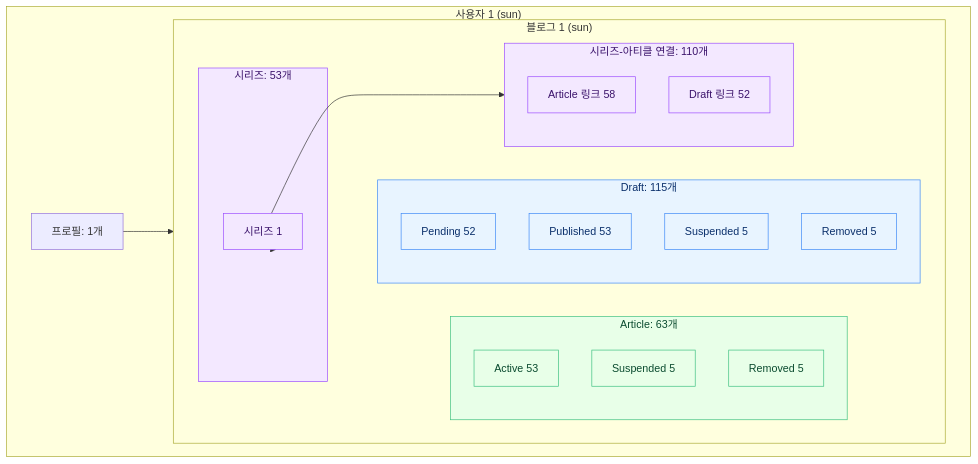
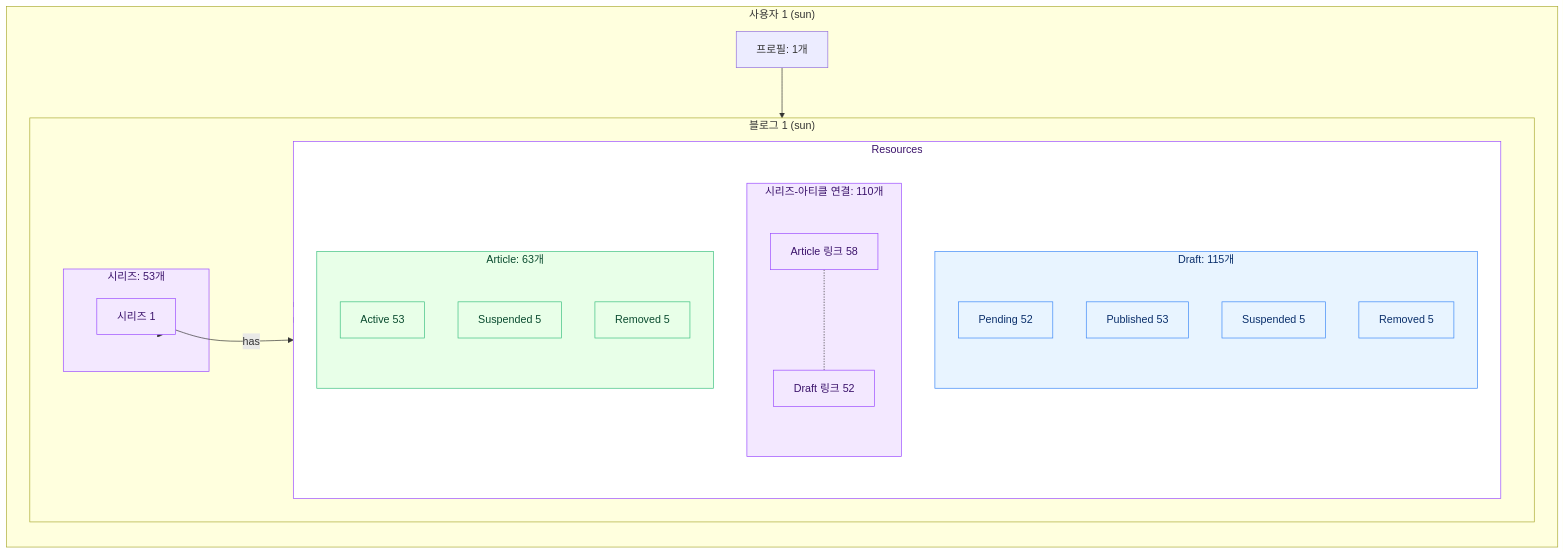
One commit to nettee-space/nettee-blolet-backend changed the first of 2 diagrams in monolith/main-runner/src/main/resources/db/migration/dummy/README.md. Above: the diagram before and after it, drawn with Mermaid. The commit also changed other lines of this file, not shown here.

Commit message:
docs(monolith/flyway): organize mermaid to be shown well on github preview in dummies readme
Adjusted Mermaid code blocks in the Flyway dummies README so that they render correctly in GitHub preview.

플라이웨이 더미 데이터 README에서 Mermaid 코드 블록을 정리하여 GitHub 미리보기에서 올바르게 보이도록 했습니다.

````diff
--- a/monolith/main-runner/src/main/resources/db/migration/dummy/README.md
+++ b/monolith/main-runner/src/main/resources/db/migration/dummy/README.md
@@ -51,47 +56,62 @@
 ```mermaid
 flowchart TD
 %% ─────────────────────────────
 %% 사용자/블로그별 더미데이터 개요
 %% ─────────────────────────────
 
-subgraph U1["사용자 1 (sun)"]
-    P1[프로필: 1개]
-    
-    subgraph B1["블로그 1 (sun)"]
-        subgraph D1["Draft: 115개"]
-            D_PEND1["Pending 52"]
-            D_PUB1["Published 53"]
-            D_SUS1["Suspended 5"]
-            D_REM1["Removed 5"]
+    subgraph U1["사용자 1 (sun)"]
+        direction TB
+        P1[프로필: 1개]
+
+        subgraph B1["블로그 1 (sun)"]
+            direction LR
+
+            subgraph SG1["시리즈: 53개"]
+                S1["시리즈 1"]
+            end
+
+            subgraph R1["Resources"]
+                direction TB
+                subgraph D1["Draft: 115개"]
+                    direction TB
+                    D_PEND1["Pending 52"]
+                    D_PUB1["Published 53"]
+                    D_SUS1["Suspended 5"]
+                    D_REM1["Removed 5"]
+                end
+                subgraph SAG1["시리즈-아티클 연결: 110개"]
+                    direction TB
+                    SA1["Article 링크 58"]
+                    SD1["Draft 링크 52"]
+                end
+                subgraph A1["Article: 63개"]
+                    direction TB
+                    A_ACT1["Active 53"]
+                    A_SUS1["Suspended 5"]
+                    A_REM1["Removed 5"]
+                end
+            end
         end
-        subgraph A1["Article: 63개"]
-            A_ACT1["Active 53"]
-            A_SUS1["Suspended 5"]
-            A_REM1["Removed 5"]
-        end
-        subgraph SG1["시리즈: 53개"]
-            S1["시리즈 1"]
-        end
-        subgraph SAG1["시리즈-아티클 연결: 110개"]
-          SA1["Article 링크 58"]    
-          SD1["Draft 링크 52"]    
-        end
-        
+
+        P1 --> B1
+        B1 --> D1
+        B1 --> A1
+        B1 --> S1
+        S1 -->|has| SAG1
+        %% D1 -.- SAG1 -.- A1
+        %% D_PEND1 -.- D_PUB1 -.- D_SUS1 -.- D_REM1
+        %% A_ACT1 -.- A_SUS1 -.- A_REM1
+        SA1 -.- SD1
     end
 
-    P1 --> B1
-    B1 --> D1
-    B1 --> A1
-    B1 --> S1
-    S1 --> SAG1
-end
+%% 스타일
+    classDef draft fill:#E8F4FF,stroke:#3A87F7,stroke-width:1px,color:#0A2F6B;
+    classDef article fill:#E8FFE8,stroke:#3ABF7F,stroke-width:1px,color:#0A4B2F;
+    classDef series fill:#F3E8FF,stroke:#9A4BFF,stroke-width:1px,color:#3B136B;
+    classDef paper fill:#FFFFFF,stroke:#9A4BFF,stroke-width:1px,color:#3B136B;
 
-%% 스타일
-classDef draft fill:#E8F4FF,stroke:#3A87F7,stroke-width:1px,color:#0A2F6B;
-classDef article fill:#E8FFE8,stroke:#3ABF7F,stroke-width:1px,color:#0A4B2F;
-classDef series fill:#F3E8FF,stroke:#9A4BFF,stroke-width:1px,color:#3B136B;
-
-class D1,D_PEND1,D_PUB1,D_SUS1,D_REM1 draft;
-class A1,A_ACT1,A_SUS1,A_REM1 article;
-class SG1,S1,SAG1,SA1,SD1 series;
+    class D1,D_PEND1,D_PUB1,D_SUS1,D_REM1 draft;
+    class A1,A_ACT1,A_SUS1,A_REM1 article;
+    class SG1,S1,SAG1,SA1,SD1 series;
+    class R1 paper;
 ```
````
